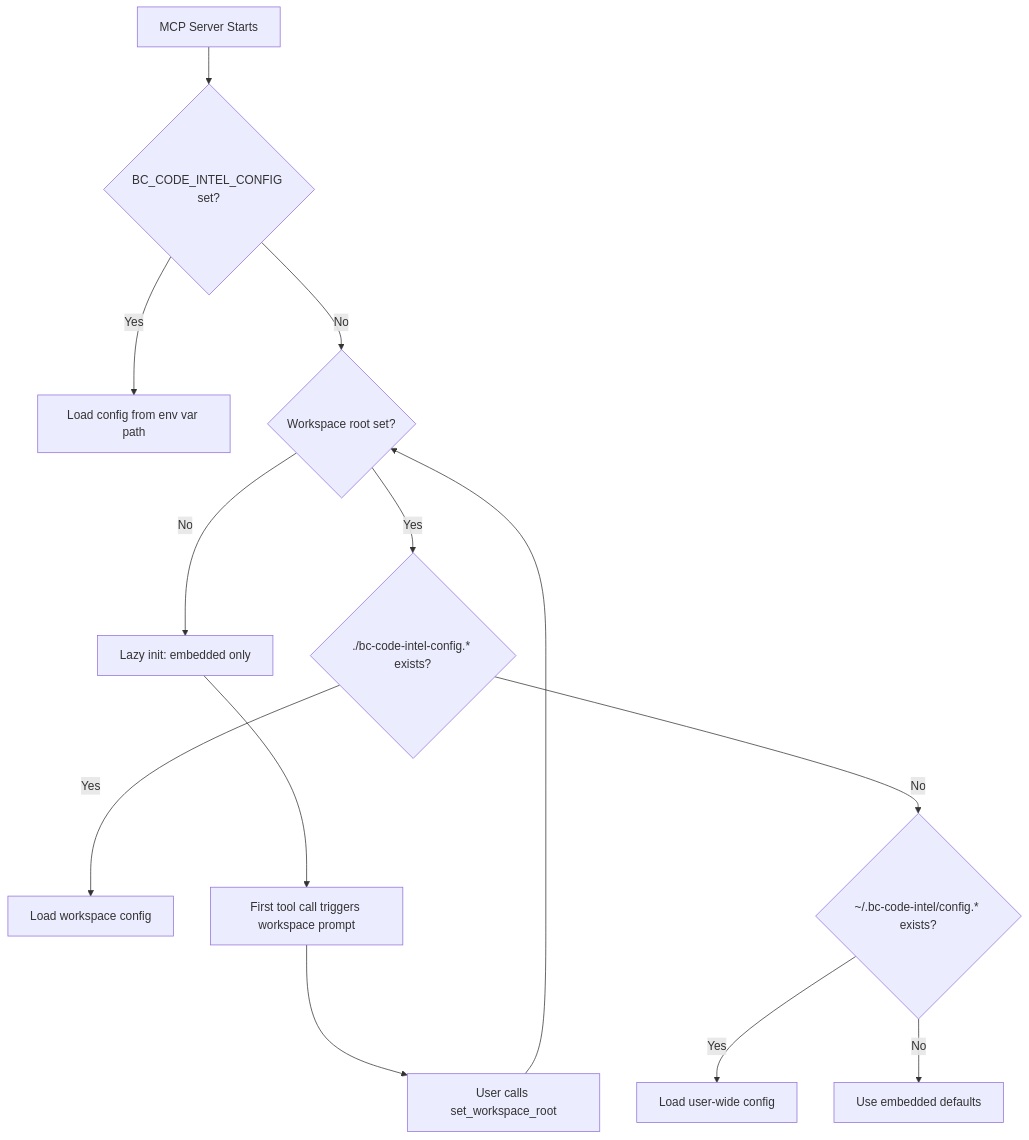
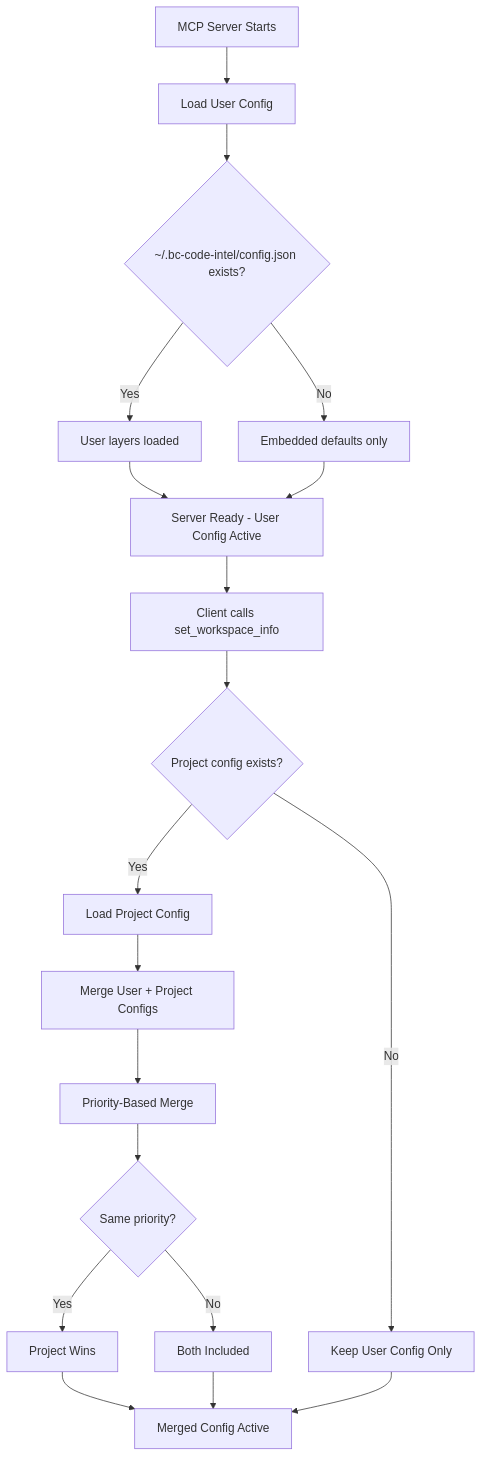
One commit to Ancient13/bc-intelligence-knowledge changed the diagram in domains/chris-config/configuration-file-discovery.md. Above: the diagram before and after it, drawn with Mermaid. The commit also changed other lines of this file, not shown here.

First line of the commit message:
Update Chris Config: Document user+project config merge (v1.5.3)

````diff
--- a/domains/chris-config/configuration-file-discovery.md
+++ b/domains/chris-config/configuration-file-discovery.md
@@ -157,16 +441,25 @@
 ```mermaid
 graph TD
-    A[MCP Server Starts] --> B{BC_CODE_INTEL_CONFIG set?}
-    B -->|Yes| C[Load config from env var path]
-    B -->|No| D{Workspace root set?}
-    D -->|No| E[Lazy init: embedded only]
-    D -->|Yes| F{./bc-code-intel-config.* exists?}
-    F -->|Yes| G[Load workspace config]
-    F -->|No| H{~/.bc-code-intel/config.* exists?}
-    H -->|Yes| I[Load user-wide config]
-    H -->|No| J[Use embedded defaults]
+    A[MCP Server Starts] --> B[Load User Config]
+    B --> C{~/.bc-code-intel/config.json exists?}
+    C -->|Yes| D[User layers loaded]
+    C -->|No| E[Embedded defaults only]
     
-    E --> K[First tool call triggers workspace prompt]
-    K --> L[User calls set_workspace_root]
-    L --> D
+    D --> F[Server Ready - User Config Active]
+    E --> F
+    
+    F --> G[Client calls set_workspace_info]
+    G --> H{Project config exists?}
+    H -->|Yes| I[Load Project Config]
+    H -->|No| J[Keep User Config Only]
+    
+    I --> K[Merge User + Project Configs]
+    K --> L[Priority-Based Merge]
+    L --> M{Same priority?}
+    M -->|Yes| N[Project Wins]
+    M -->|No| O[Both Included]
+    
+    N --> P[Merged Config Active]
+    O --> P
+    J --> P
 ```
````
